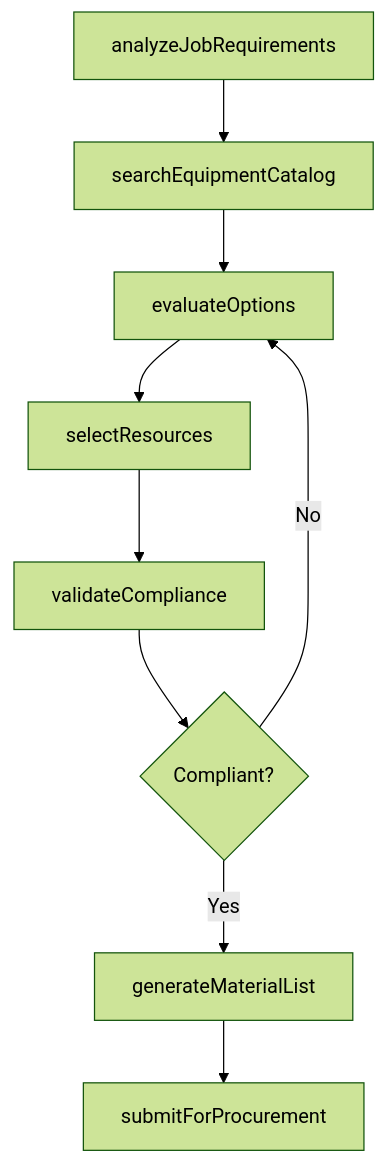
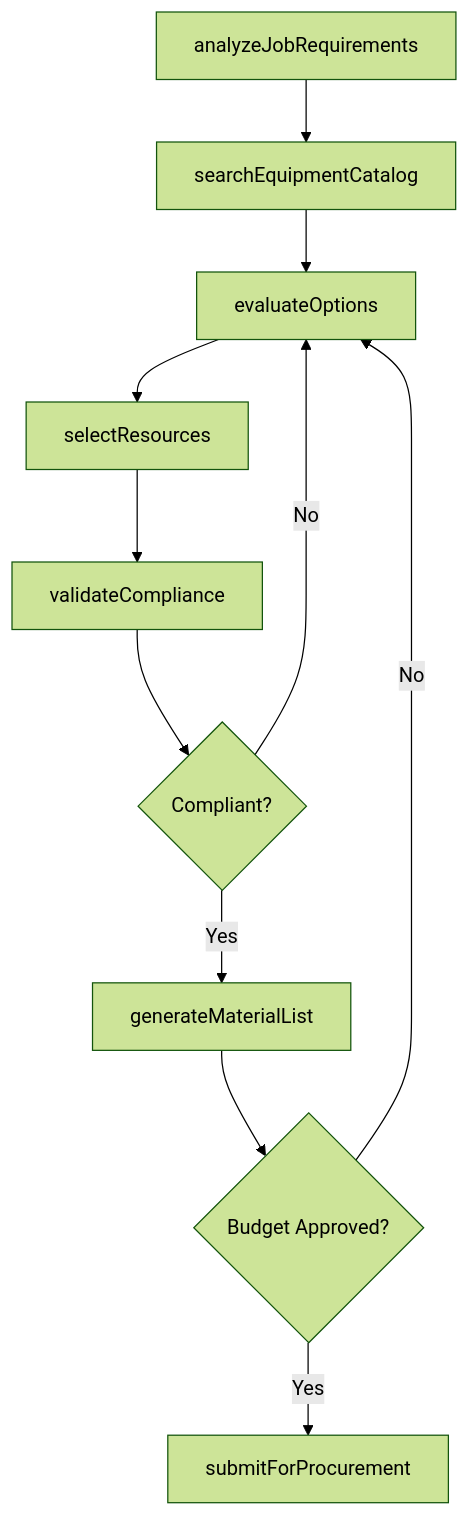
One commit to dot-org-ai/tasks.org.ai changed the third of 4 diagrams in MakingDecisionsAndSolvingProblems/DetermineResourceNeedsOfProjectsOrOperations/DetermineTypesEquipmentToolsMaterials.mdx. Above: the diagram before and after it, drawn with Mermaid (forest theme). The commit also changed other lines of this file and 504 other files, not shown here.

First line of the commit message:
feat: Add ER diagrams, state diagrams, and workflow improvements to 96 DWA task files

````diff
--- a/MakingDecisionsAndSolvingProblems/DetermineResourceNeedsOfProjectsOrOperations/DetermineTypesEquipmentToolsMaterials.mdx
+++ b/MakingDecisionsAndSolvingProblems/DetermineResourceNeedsOfProjectsOrOperations/DetermineTypesEquipmentToolsMaterials.mdx
@@ -84,11 +110,13 @@
 ```mermaid
 graph TD
     A[analyzeJobRequirements] --> B[searchEquipmentCatalog]
     B --> C[evaluateOptions]
     C --> D[selectResources]
     D --> E[validateCompliance]
     E --> F{Compliant?}
     F -->|No| C
     F -->|Yes| G[generateMaterialList]
-    G --> H[submitForProcurement]
+    G --> H{Budget Approved?}
+    H -->|No| C
+    H -->|Yes| I[submitForProcurement]
 ```
````
